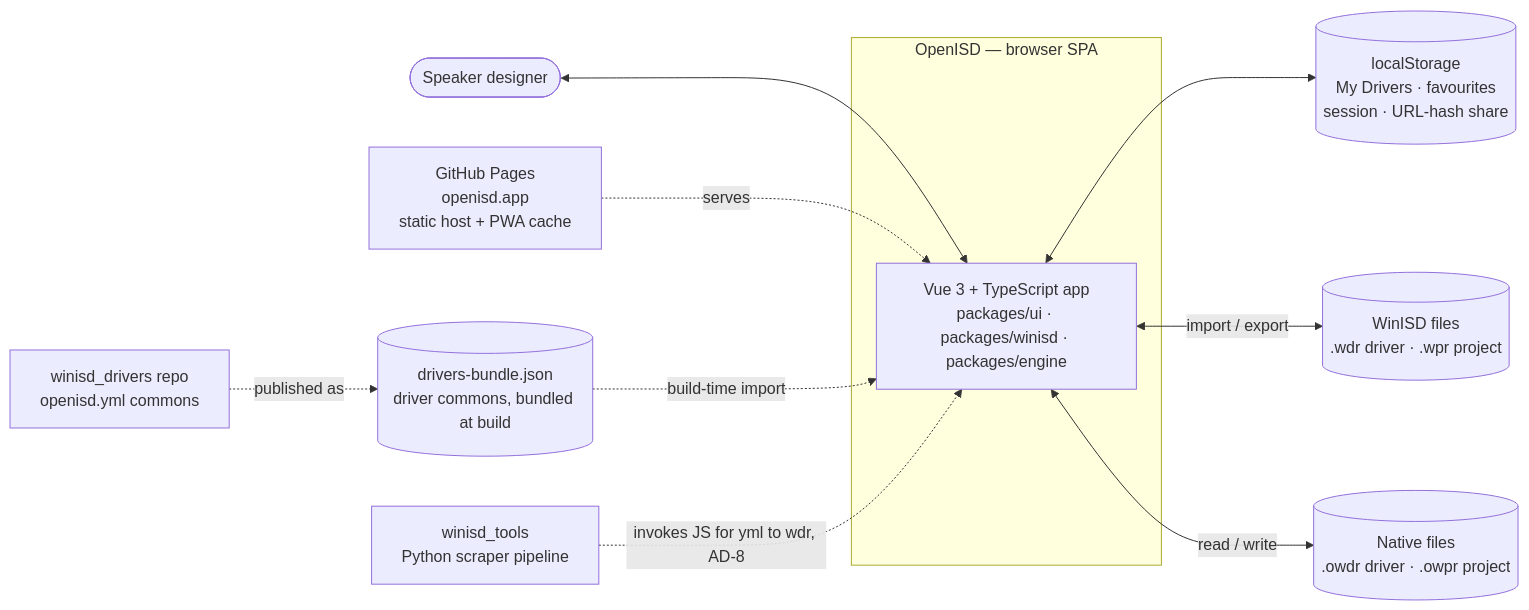
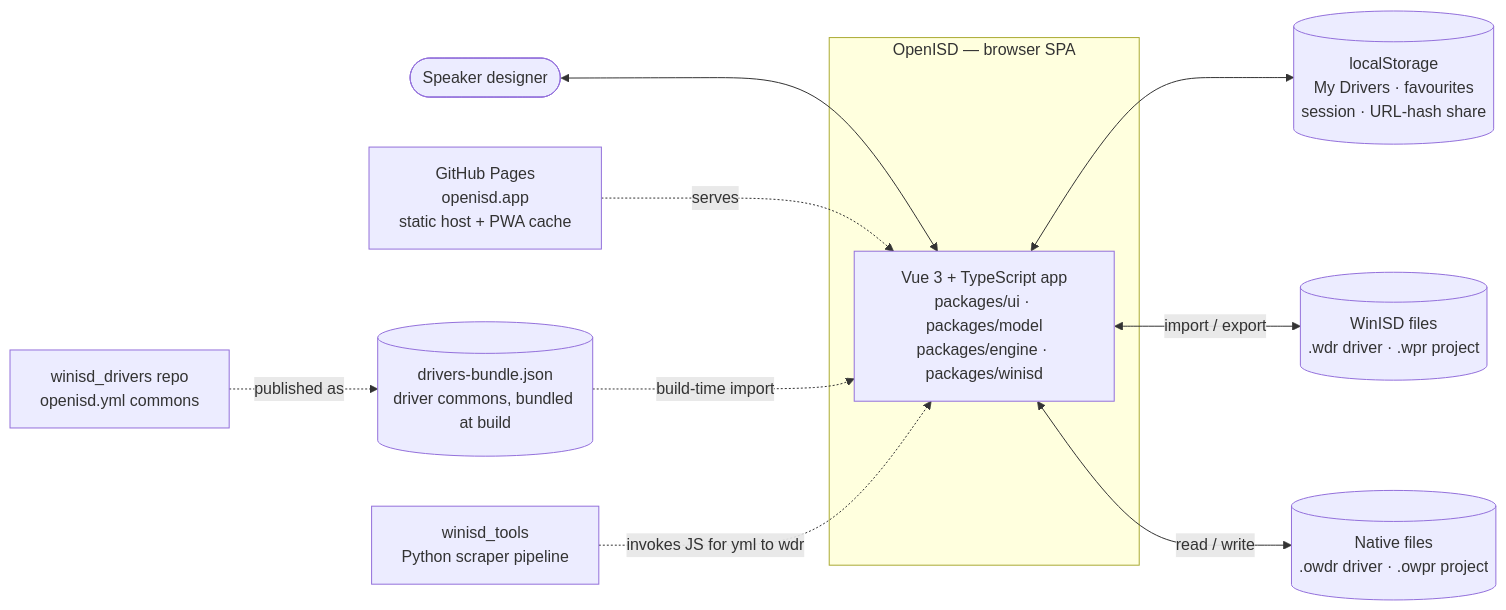
One commit to Johnlon/openisd changed the first of 3 diagrams in ARCHITECTURE.md. Above: the diagram before and after it, drawn with Mermaid. The commit also changed other lines of this file and 4 other files, not shown here.

First line of the commit message:
ARCHITECTURE.md is the specification, and the plan that reaches it

````diff
--- a/ARCHITECTURE.md
+++ b/ARCHITECTURE.md
@@ -29,25 +43,25 @@
 ```mermaid
 graph LR
     USER(["Speaker designer"])
 
     subgraph app["OpenISD — browser SPA"]
-        APP["Vue 3 + TypeScript app<br/>packages/ui · packages/winisd · packages/engine"]
+        APP["Vue 3 + TypeScript app<br/>packages/ui · packages/model<br/>packages/engine · packages/winisd"]
     end
 
     PAGES["GitHub Pages<br/>openisd.app<br/>static host + PWA cache"]
     LS[("localStorage<br/>My Drivers · favourites<br/>session · URL-hash share")]
     BUNDLE[("drivers-bundle.json<br/>driver commons, bundled at build")]
     WDR[("WinISD files<br/>.wdr driver · .wpr project")]
     OWDR[("Native files<br/>.owdr driver · .owpr project")]
     DRIVERS["winisd_drivers repo<br/>openisd.yml commons"]
     TOOLS["winisd_tools<br/>Python scraper pipeline"]
 
     USER <--> APP
     PAGES -.serves.-> APP
     APP <--> LS
     BUNDLE -.build-time import.-> APP
     APP <-->|import / export| WDR
     APP <-->|read / write| OWDR
     DRIVERS -.published as.-> BUNDLE
-    TOOLS -.invokes JS for yml to wdr, AD-8.-> APP
+    TOOLS -.invokes JS for yml to wdr.-> APP
 ```
````
